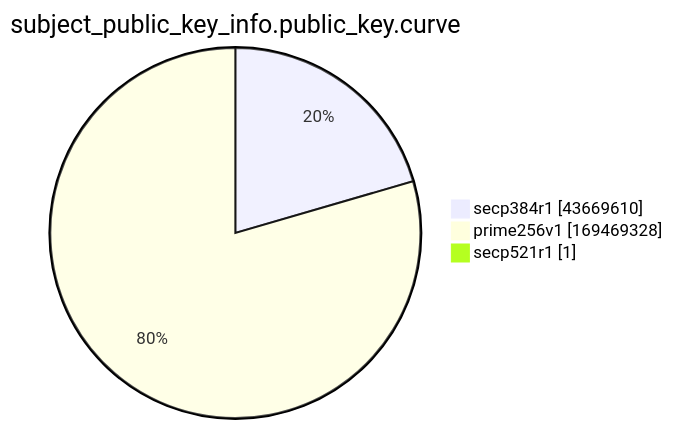
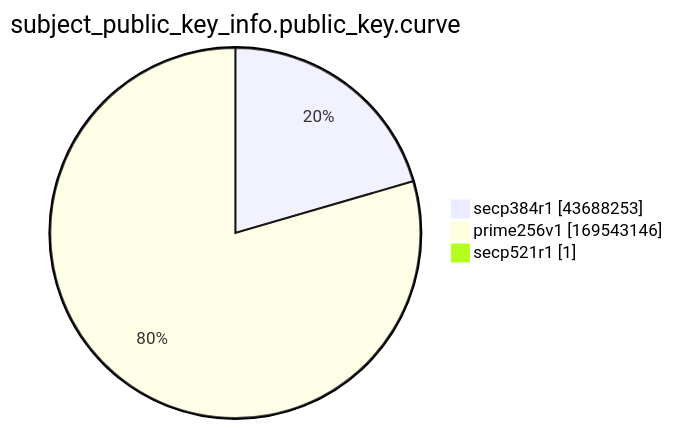
One commit to christiankrug/ctmonitor_visualization changed the ninth of 15 diagrams in xenon2022/README.md. Above: the diagram before and after it, drawn with Mermaid. The commit also changed other lines of this file, not shown here.

````diff
--- a/xenon2022/README.md
+++ b/xenon2022/README.md
@@ -2871,7 +2871,7 @@
 ```mermaid
 pie showData
 title subject_public_key_info.public_key.curve
-"secp384r1" :43669610
-"prime256v1" :169469328
+"secp384r1" :43688253
+"prime256v1" :169543146
 "secp521r1" :1
 ```
````
